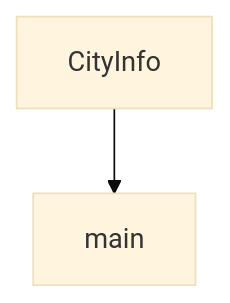
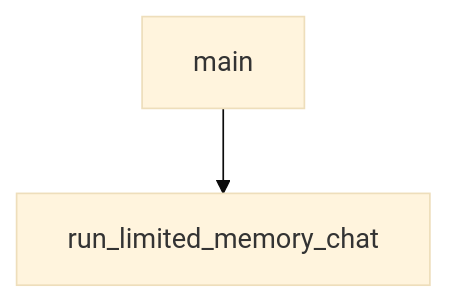
The diagram in tutorials/mcp-use-tutorial/08-operations-observability-and-contribution-model.md (johnxie/awesome-code-docs), drawn with Mermaid (base theme) before and after one commit. The commit also changed other lines of this file and 1232 other files, not shown here.

````diff
--- a/tutorials/mcp-use-tutorial/08-operations-observability-and-contribution-model.md
+++ b/tutorials/mcp-use-tutorial/08-operations-observability-and-contribution-model.md
@@ -132,6 +130,6 @@
 ```mermaid
 flowchart TD
-    A[CityInfo]
-    B[main]
+    A[main]
+    B[run_limited_memory_chat]
     A --> B
 ```
````
